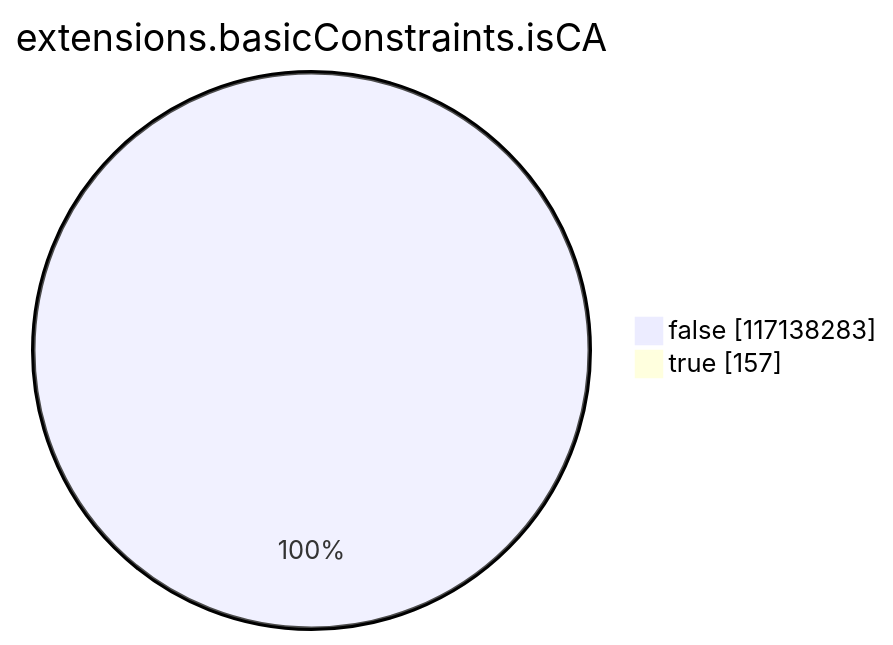
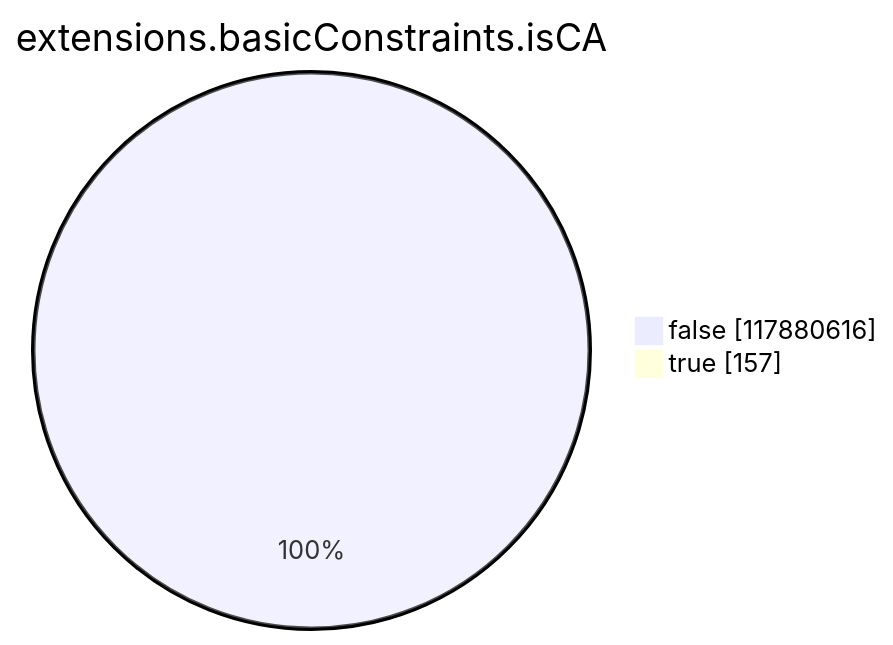
The seventh of 15 diagrams in argon2023/README.md (christiankrug/ctmonitor_visualization), drawn with Mermaid before and after one commit. The commit also changed other lines of this file, not shown here.

````diff
--- a/argon2023/README.md
+++ b/argon2023/README.md
@@ -2155,6 +2157,6 @@
 ```mermaid
 pie showData
 title extensions.basicConstraints.isCA
-"false" :117138283
+"false" :117880616
 "true" :157
 ```
````
